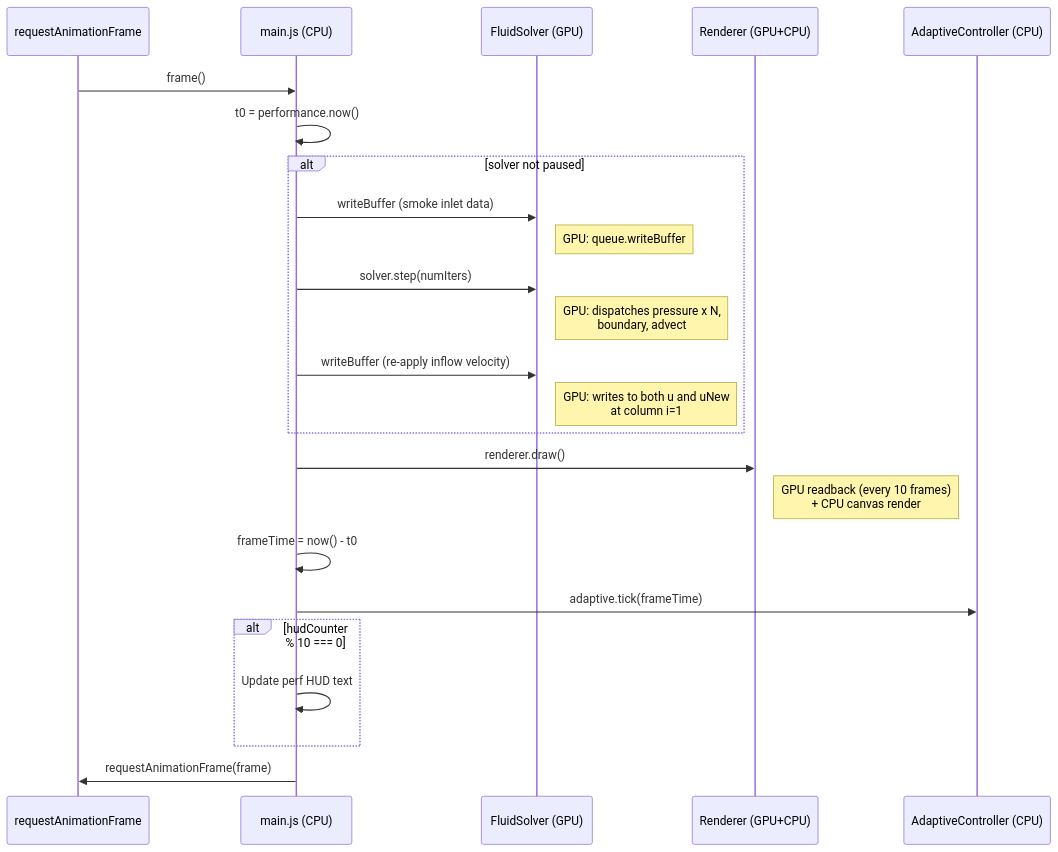
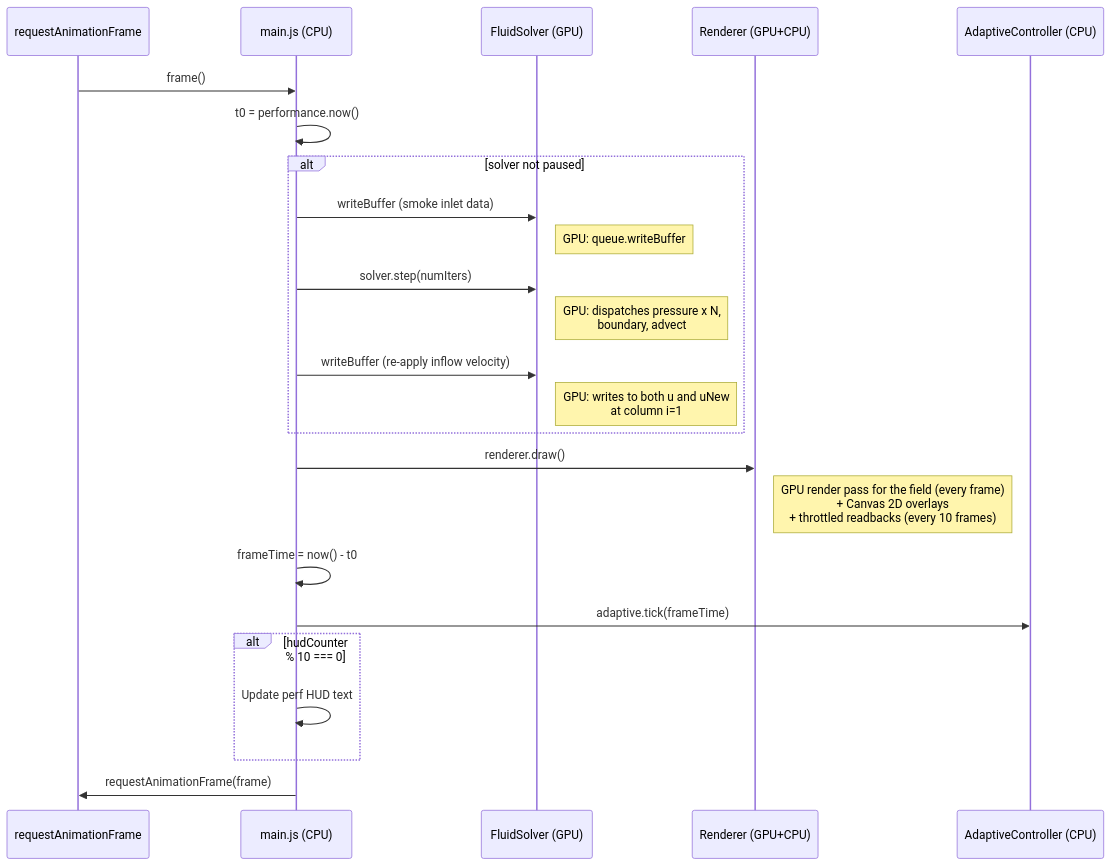
One commit to palsagar/webgpu-fluid-solver changed the second of 3 diagrams in docs/architecture.md. Above: the diagram before and after it, drawn with Mermaid. The commit also changed other lines of this file and 31 other files, not shown here.

Commit message:
GPU field rendering + 1024 tier (ADR-0005) (#1)

````diff
--- a/docs/architecture.md
+++ b/docs/architecture.md
@@ -38,32 +39,32 @@
 ```mermaid
 sequenceDiagram
     participant RAF as requestAnimationFrame
     participant Main as main.js (CPU)
     participant Solver as FluidSolver (GPU)
     participant Renderer as Renderer (GPU+CPU)
     participant Adaptive as AdaptiveController (CPU)
 
     RAF->>Main: frame()
     Main->>Main: t0 = performance.now()
 
     alt solver not paused
         Main->>Solver: writeBuffer (smoke inlet data)
         Note right of Solver: GPU: queue.writeBuffer
         Main->>Solver: solver.step(numIters)
         Note right of Solver: GPU: dispatches pressure x N,<br/>boundary, advect
         Main->>Solver: writeBuffer (re-apply inflow velocity)
         Note right of Solver: GPU: writes to both u and uNew<br/>at column i=1
     end
 
     Main->>Renderer: renderer.draw()
-    Note right of Renderer: GPU readback (every 10 frames)<br/>+ CPU canvas render
+    Note right of Renderer: GPU render pass for the field (every frame)<br/>+ Canvas 2D overlays<br/>+ throttled readbacks (every 10 frames)
 
     Main->>Main: frameTime = now() - t0
     Main->>Adaptive: adaptive.tick(frameTime)
 
     alt hudCounter % 10 === 0
         Main->>Main: Update perf HUD text
     end
 
     Main->>RAF: requestAnimationFrame(frame)
 ```
````
